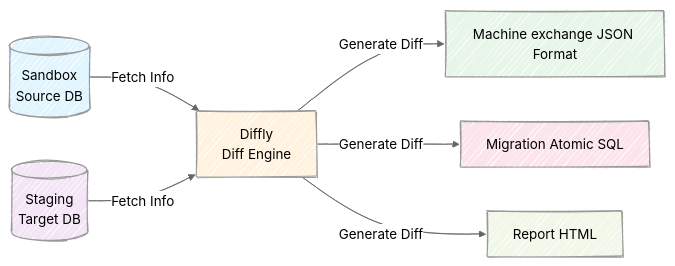
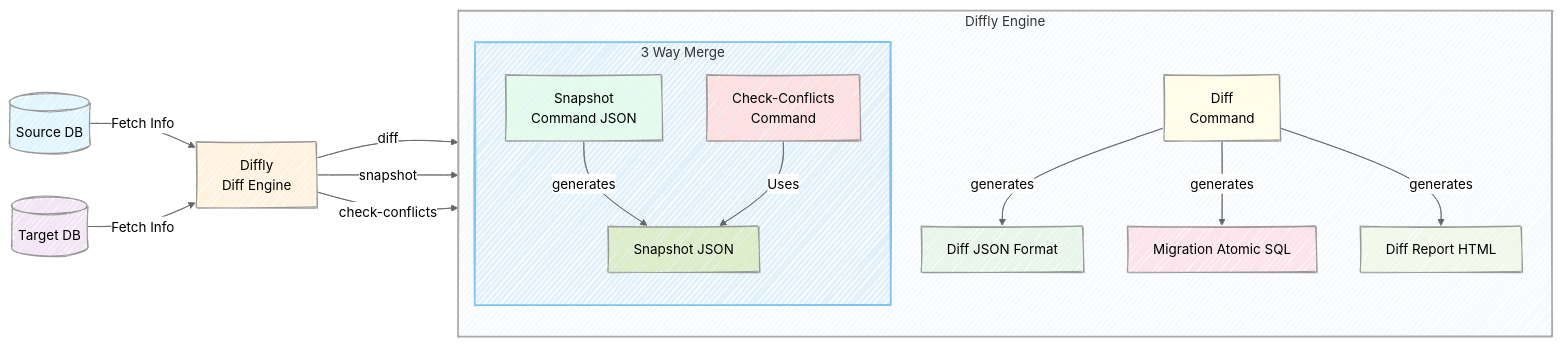
Before and after one commit to Kodaskills/diffly: the diagram in README.md, drawn with Mermaid. The commit also changed other lines of this file, not shown here.

Commit message:
📝 feat(docs): update readme for new 3 way merging feature

````diff
--- a/README.md
+++ b/README.md
@@ -91,27 +135,50 @@
 ```mermaid
 ---
 config:
   theme: neutral
   look: handDrawn
 ---
-graph LR
-    SDB[(Sandbox<br/>Source DB)]
-    TDB[(Staging<br/>Target DB)]
+flowchart LR
+    SDB[(Source DB)]
+    TDB[(Target DB)]
     Diffly[Diffly<br/>Diff Engine]
-    JSON[Machine exchange JSON Format]
-    SQL[Migration Atomic SQL]
-    HTML[Report HTML]
     
+    subgraph DIFFLY_ENGINE["Diffly Engine"]
+      direction TB
+      DIFF[Diff<br/>Command]
+      JSON[Diff JSON Format]
+      SQL[Migration Atomic SQL]
+      HTML[Diff Report HTML]
+      subgraph MERGE["3 Way Merge"]
+          SNAP[Snapshot<br/>Command JSON]
+          SNAPJSON[Snapshot JSON]
+          CONFLICTS[Check-Conflicts<br/>Command]
+      end
+    end
+
     SDB -->|Fetch Info| Diffly
     TDB -->|Fetch Info| Diffly
-    Diffly -->|Generate Diff| JSON
-    Diffly -->|Generate Diff| SQL
-    Diffly -->|Generate Diff| HTML
-    
+
+    Diffly -->|diff| DIFF
+    DIFF -->|generates| JSON
+    DIFF -->|generates| SQL
+    DIFF -->|generates| HTML
+
+    Diffly -->|snapshot| SNAP
+    SNAP -->|generates| SNAPJSON
+    Diffly -->|check-conflicts| CONFLICTS
+    CONFLICTS -->|Uses| SNAPJSON
+
     style SDB fill:#e1f5ff
     style TDB fill:#f3e5f5
     style Diffly fill:#fff3e0
+    style DIFF fill:#fffde7
     style JSON fill:#e8f5e9
     style SQL fill:#fce4ec
     style HTML fill:#f1f8e9
+    style SNAP fill:#e3fcec
+    style CONFLICTS fill:#ffe0e0
+    style SNAPJSON fill:#dcedc8
+    style DIFFLY_ENGINE fill:#f7fafc,stroke:#aaa,stroke-width:2px
+    style MERGE fill:#e1f0fa,stroke:#7dc5f3,stroke-width:2px
 ```
````
